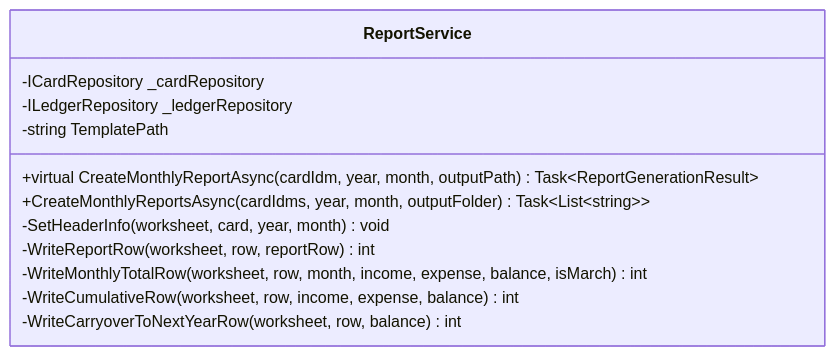
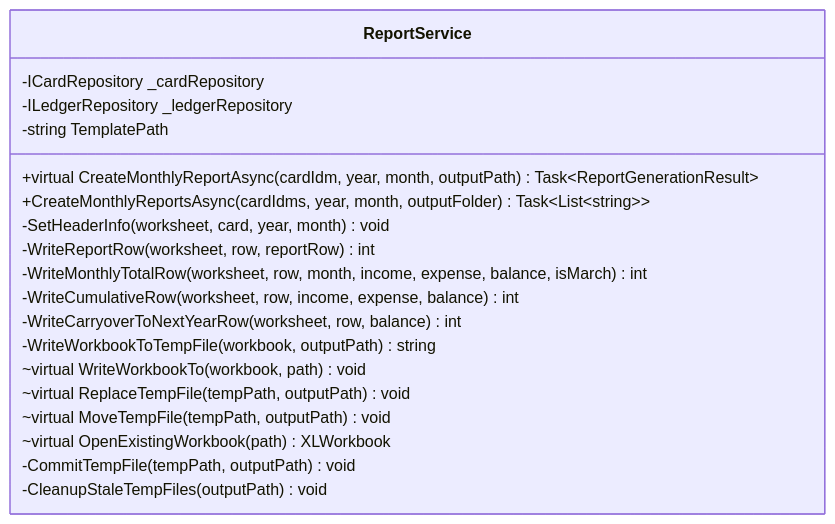
Before and after one commit to kuwayamamasayuki/ICCardManager: the seventh of 52 diagrams in ICCardManager/docs/design/05_クラス設計書.md, drawn with Mermaid. The commit also changed other lines of this file and 13 other files, not shown here.

````diff
--- a/ICCardManager/docs/design/05_クラス設計書.md
+++ b/ICCardManager/docs/design/05_クラス設計書.md
@@ -712,15 +712,22 @@
 ```mermaid
 classDiagram
     class ReportService {
         -ICardRepository _cardRepository
         -ILedgerRepository _ledgerRepository
         -string TemplatePath
         +virtual CreateMonthlyReportAsync(cardIdm, year, month, outputPath) Task~ReportGenerationResult~
         +CreateMonthlyReportsAsync(cardIdms, year, month, outputFolder) Task~List~string~~
         -SetHeaderInfo(worksheet, card, year, month) void
         -WriteReportRow(worksheet, row, reportRow) int
         -WriteMonthlyTotalRow(worksheet, row, month, income, expense, balance, isMarch) int
         -WriteCumulativeRow(worksheet, row, income, expense, balance) int
         -WriteCarryoverToNextYearRow(worksheet, row, balance) int
+        -WriteWorkbookToTempFile(workbook, outputPath) string
+        ~virtual WriteWorkbookTo(workbook, path) void
+        ~virtual ReplaceTempFile(tempPath, outputPath) void
+        ~virtual MoveTempFile(tempPath, outputPath) void
+        ~virtual OpenExistingWorkbook(path) XLWorkbook
+        -CommitTempFile(tempPath, outputPath) void
+        -CleanupStaleTempFiles(outputPath) void
     }
 ```
````
